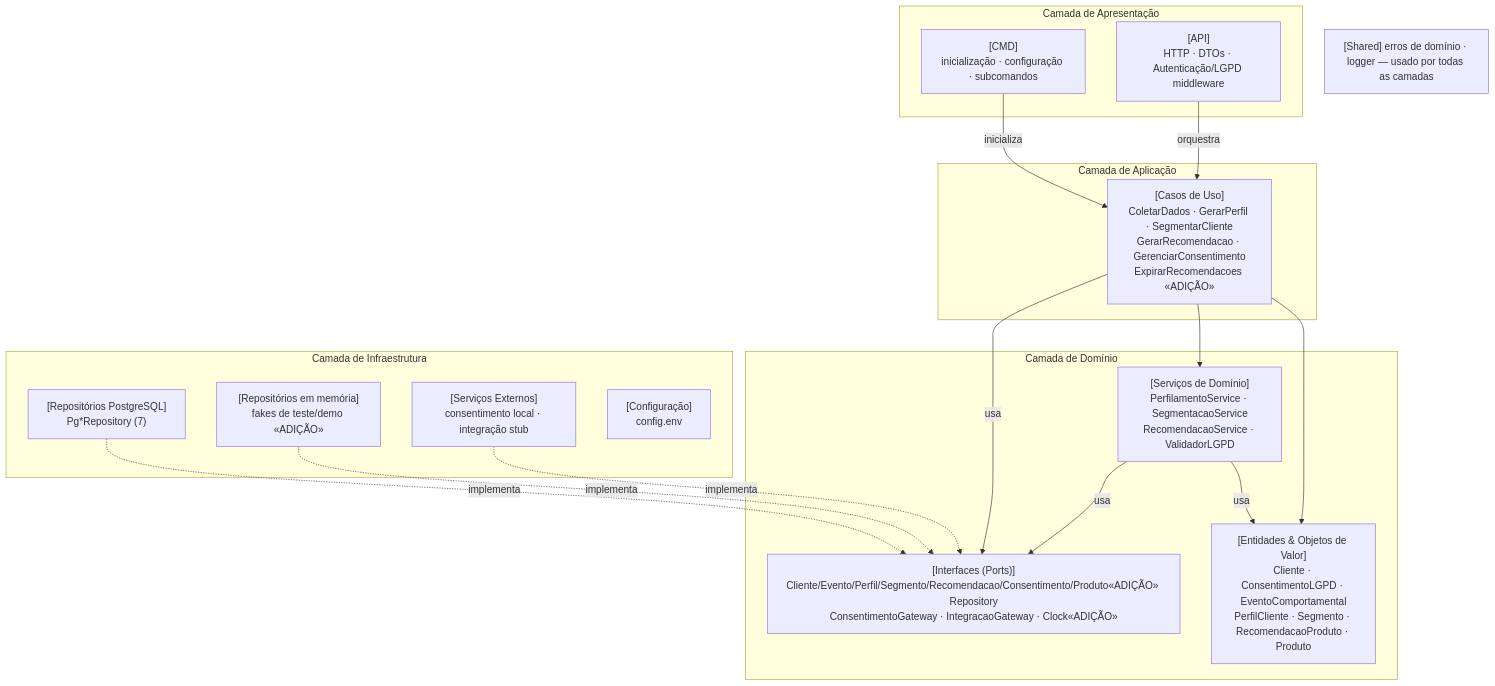
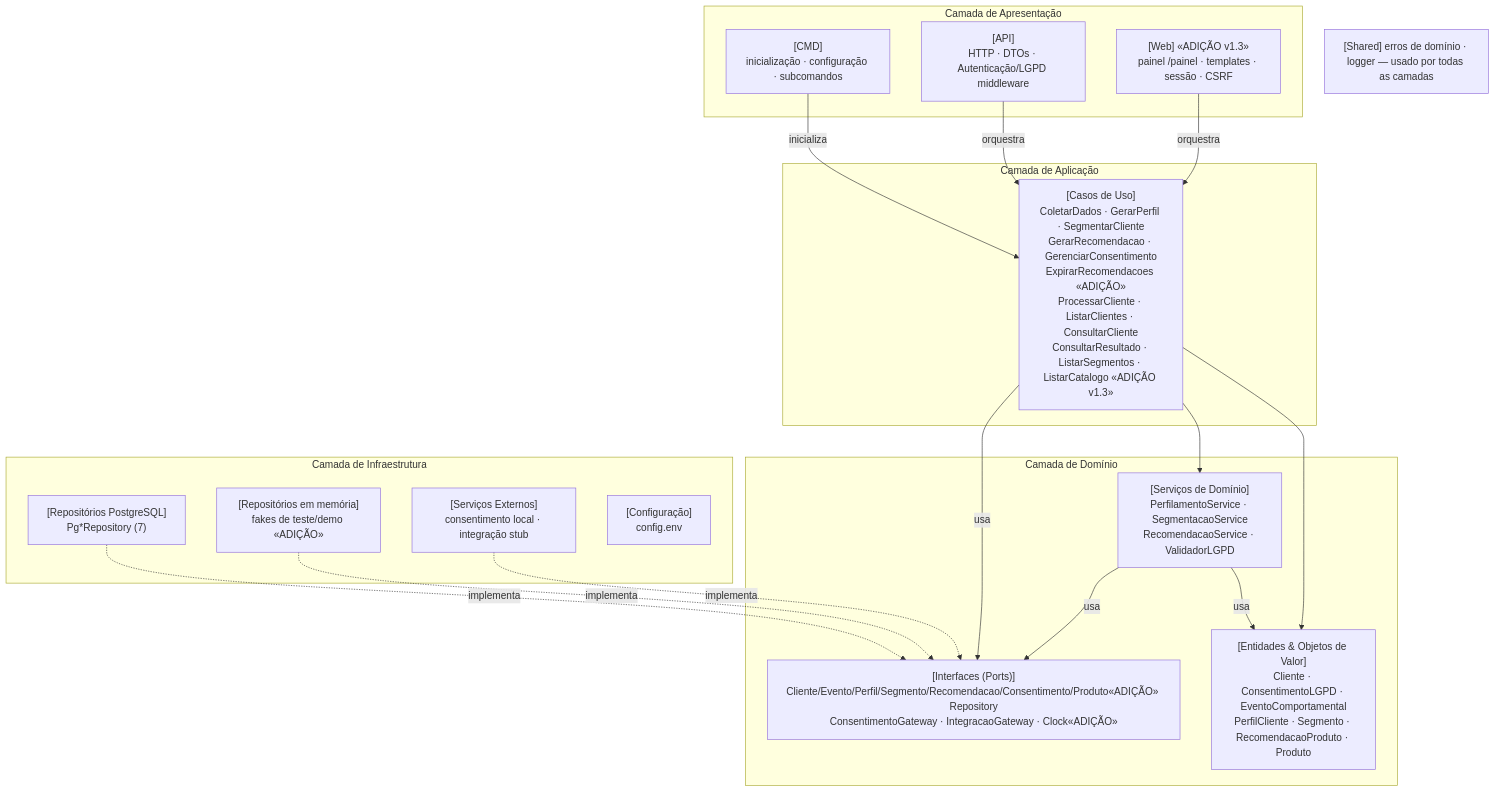
One commit to sthefanyblima/perfila changed the diagram in docs/uml/UML7_componentes.md. Above: the diagram before and after it, drawn with Mermaid. The commit also changed other lines of this file and 34 other files, not shown here.

First line of the commit message:
T-31: Spec v1.3 do painel web (Q-20 a Q-29), UML7/UML8 e painel.feature

````diff
--- a/docs/uml/UML7_componentes.md
+++ b/docs/uml/UML7_componentes.md
@@ -10,33 +10,35 @@
 ```mermaid
 flowchart TB
   subgraph AP["Camada de Apresentação"]
     CMD["[CMD]<br/>inicialização · configuração · subcomandos"]
     API["[API]<br/>HTTP · DTOs · Autenticação/LGPD middleware"]
+    WEB["[Web] «ADIÇÃO v1.3»<br/>painel /painel · templates · sessão · CSRF"]
   end
   subgraph APP["Camada de Aplicação"]
-    UC["[Casos de Uso]<br/>ColetarDados · GerarPerfil · SegmentarCliente<br/>GerarRecomendacao · GerenciarConsentimento<br/>ExpirarRecomendacoes «ADIÇÃO»"]
+    UC["[Casos de Uso]<br/>ColetarDados · GerarPerfil · SegmentarCliente<br/>GerarRecomendacao · GerenciarConsentimento<br/>ExpirarRecomendacoes «ADIÇÃO»<br/>ProcessarCliente · ListarClientes · ConsultarCliente<br/>ConsultarResultado · ListarSegmentos · ListarCatalogo «ADIÇÃO v1.3»"]
   end
   subgraph DOM["Camada de Domínio"]
     ENT["[Entidades & Objetos de Valor]<br/>Cliente · ConsentimentoLGPD · EventoComportamental<br/>PerfilCliente · Segmento · RecomendacaoProduto · Produto"]
     SVC["[Serviços de Domínio]<br/>PerfilamentoService · SegmentacaoService<br/>RecomendacaoService · ValidadorLGPD"]
     PORT["[Interfaces (Ports)]<br/>Cliente/Evento/Perfil/Segmento/Recomendacao/Consentimento/Produto«ADIÇÃO» Repository<br/>ConsentimentoGateway · IntegracaoGateway · Clock«ADIÇÃO»"]
   end
   subgraph INF["Camada de Infraestrutura"]
     PG["[Repositórios PostgreSQL]<br/>Pg*Repository (7)"]
     MEM["[Repositórios em memória]<br/>fakes de teste/demo «ADIÇÃO»"]
     EXT["[Serviços Externos]<br/>consentimento local · integração stub"]
     CFG["[Configuração]<br/>config.env"]
   end
   SH["[Shared] erros de domínio · logger — usado por todas as camadas"]
 
   CMD -- inicializa --> UC
   API -- orquestra --> UC
+  WEB -- orquestra --> UC
   UC --> ENT
   UC --> SVC
   UC -- usa --> PORT
   SVC -- usa --> ENT
   SVC -- usa --> PORT
   PG -. implementa .-> PORT
   MEM -. implementa .-> PORT
   EXT -. implementa .-> PORT
 ```
````
